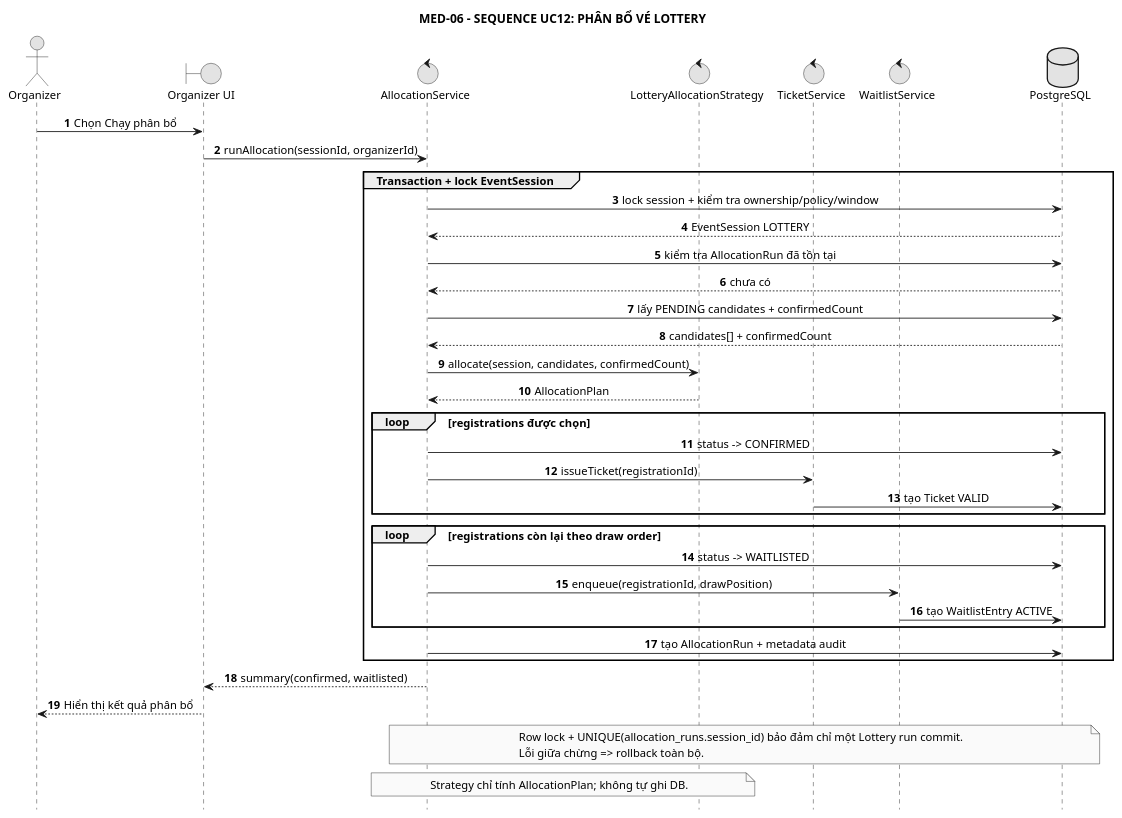
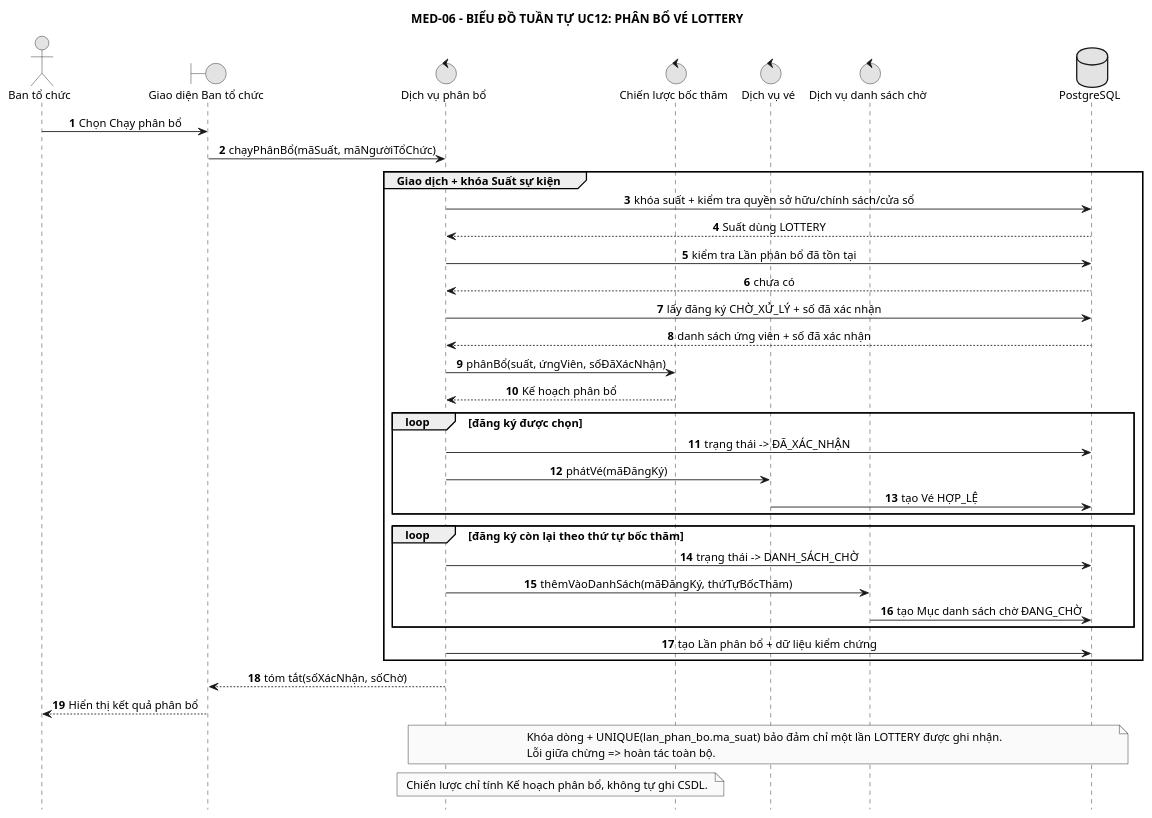
The diagram in PTTK/05_Sequence/03-uc12-lottery-allocation.puml (anh632k-ui/OOP-DoAn), drawn with PlantUML before and after one commit.

Commit message:
docs(tv): Việt hóa sơ đồ PTTK động

```diff
--- a/PTTK/05_Sequence/03-uc12-lottery-allocation.puml
+++ b/PTTK/05_Sequence/03-uc12-lottery-allocation.puml
@@ -1,61 +1,60 @@
 @startuml
 skinparam monochrome true
 skinparam shadowing false
 skinparam defaultFontSize 13
 skinparam sequenceMessageAlign center
 skinparam responseMessageBelowArrow true
 hide footbox
 
-title MED-06 - SEQUENCE UC12: PHÂN BỔ VÉ LOTTERY
+title MED-06 - BIỂU ĐỒ TUẦN TỰ UC12: PHÂN BỔ VÉ LOTTERY
 
-actor Organizer
-boundary "Organizer UI" as UI
-control "AllocationService" as AS
-control "LotteryAllocationStrategy" as LS
-control "TicketService" as TS
-control "WaitlistService" as WS
-database "PostgreSQL" as DB
+actor "Ban tổ chức" as BTC
+boundary "Giao diện Ban tổ chức" as UI
+control "Dịch vụ phân bổ" as PB
+control "Chiến lược bốc thăm" as CL
+control "Dịch vụ vé" as VE
+control "Dịch vụ danh sách chờ" as DSC
+database "PostgreSQL" as CSDL
 
 autonumber
-Organizer -> UI : Chọn Chạy phân bổ
-UI -> AS : runAllocation(sessionId, organizerId)
+BTC -> UI : Chọn Chạy phân bổ
+UI -> PB : chạyPhânBổ(mãSuất, mãNgườiTổChức)
 
-group Transaction + lock EventSession
-  AS -> DB : lock session + kiểm tra ownership/policy/window
-  DB --> AS : EventSession LOTTERY
-  AS -> DB : kiểm tra AllocationRun đã tồn tại
-  DB --> AS : chưa có
-  AS -> DB : lấy PENDING candidates + confirmedCount
-  DB --> AS : candidates[] + confirmedCount
+group Giao dịch + khóa Suất sự kiện
+  PB -> CSDL : khóa suất + kiểm tra quyền sở hữu/chính sách/cửa sổ
+  CSDL --> PB : Suất dùng LOTTERY
+  PB -> CSDL : kiểm tra Lần phân bổ đã tồn tại
+  CSDL --> PB : chưa có
+  PB -> CSDL : lấy đăng ký CHỜ_XỬ_LÝ + số đã xác nhận
+  CSDL --> PB : danh sách ứng viên + số đã xác nhận
 
-  AS -> LS : allocate(session, candidates, confirmedCount)
-  LS --> AS : AllocationPlan
+  PB -> CL : phânBổ(suất, ứngViên, sốĐãXácNhận)
+  CL --> PB : Kế hoạch phân bổ
 
-  loop registrations được chọn
-    AS -> DB : status -> CONFIRMED
-    AS -> TS : issueTicket(registrationId)
-    TS -> DB : tạo Ticket VALID
+  loop đăng ký được chọn
+    PB -> CSDL : trạng thái -> ĐÃ_XÁC_NHẬN
+    PB -> VE : phátVé(mãĐăngKý)
+    VE -> CSDL : tạo Vé HỢP_LỆ
   end
 
-  loop registrations còn lại theo draw order
-    AS -> DB : status -> WAITLISTED
-    AS -> WS : enqueue(registrationId, drawPosition)
-    WS -> DB : tạo WaitlistEntry ACTIVE
+  loop đăng ký còn lại theo thứ tự bốc thăm
+    PB -> CSDL : trạng thái -> DANH_SÁCH_CHỜ
+    PB -> DSC : thêmVàoDanhSách(mãĐăngKý, thứTựBốcThăm)
+    DSC -> CSDL : tạo Mục danh sách chờ ĐANG_CHỜ
   end
 
-  AS -> DB : tạo AllocationRun + metadata audit
+  PB -> CSDL : tạo Lần phân bổ + dữ liệu kiểm chứng
 end
 
-AS --> UI : summary(confirmed, waitlisted)
-UI --> Organizer : Hiển thị kết quả phân bổ
+PB --> UI : tóm tắt(sốXácNhận, sốChờ)
+UI --> BTC : Hiển thị kết quả phân bổ
 
-note over AS,DB
-Row lock + UNIQUE(allocation_runs.session_id) bảo đảm chỉ một Lottery run commit.
-Lỗi giữa chừng => rollback toàn bộ.
+note over PB,CSDL
+Khóa dòng + UNIQUE(lan_phan_bo.ma_suat) bảo đảm chỉ một lần LOTTERY được ghi nhận.
+Lỗi giữa chừng => hoàn tác toàn bộ.
 end note
 
-note over AS,LS
-Strategy chỉ tính AllocationPlan; không tự ghi DB.
+note over PB,CL
+Chiến lược chỉ tính Kế hoạch phân bổ, không tự ghi CSDL.
 end note
-
 @enduml
```
